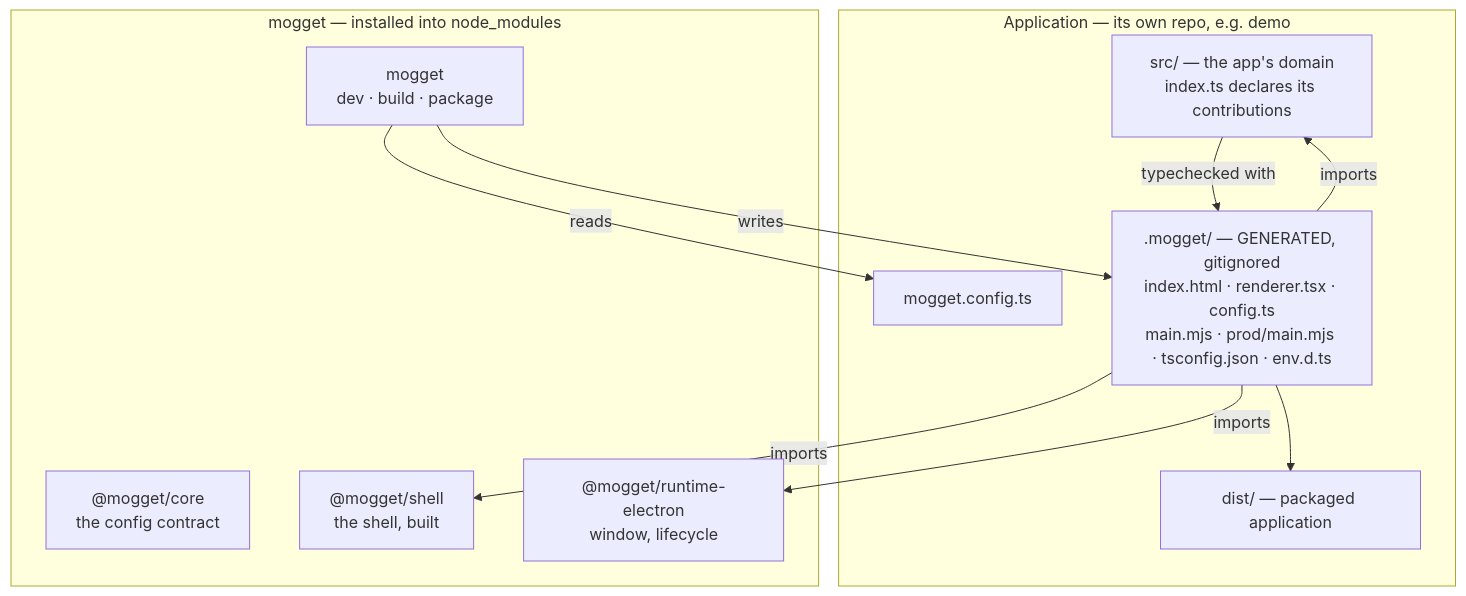
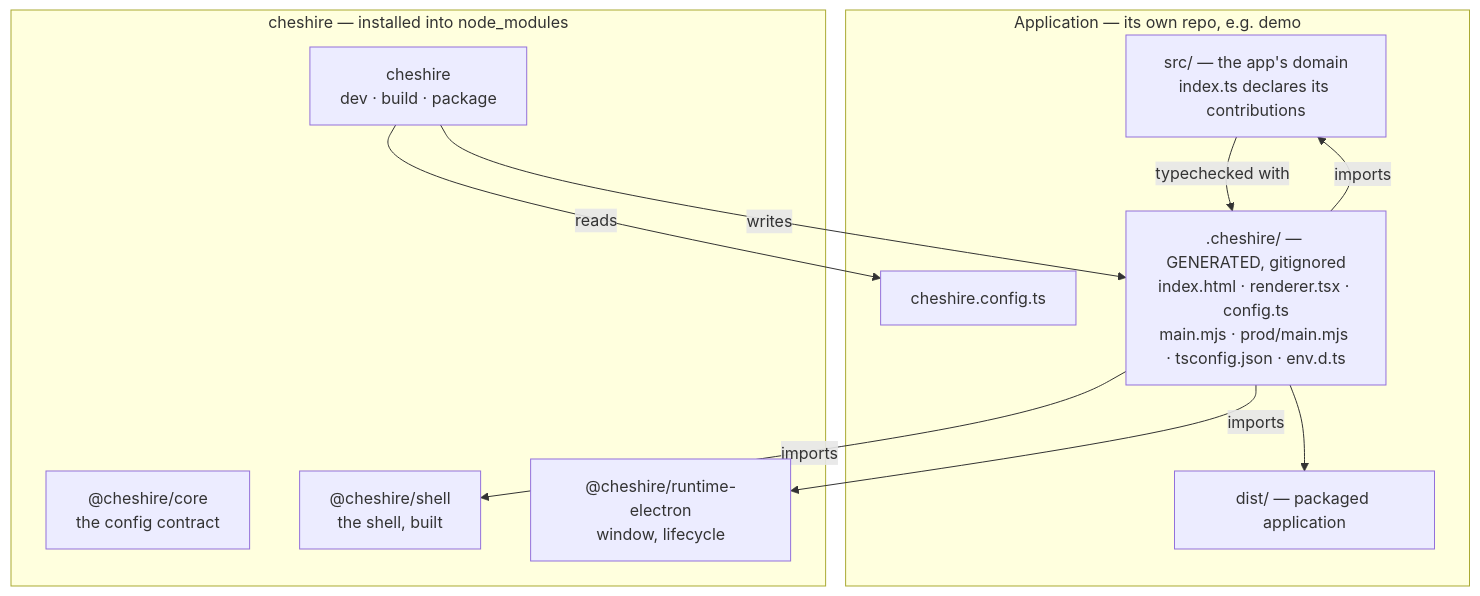
The second of 4 diagrams in docs/guides/framework-architecture.md (meersajidh/cheshire), drawn with Mermaid before and after one commit. The commit also changed other lines of this file and 58 other files, not shown here.

````diff
--- a/docs/guides/framework-architecture.md
+++ b/docs/guides/framework-architecture.md
@@ -98,22 +98,22 @@
 ```mermaid
 flowchart TD
   subgraph APP["Application — its own repo, e.g. demo"]
-    CFG["mogget.config.ts"]
+    CFG["cheshire.config.ts"]
     SRC["src/ — the app's domain<br/>index.ts declares its contributions"]
-    GEN[".mogget/ — GENERATED, gitignored<br/>index.html · renderer.tsx · config.ts<br/>main.mjs · prod/main.mjs · tsconfig.json · env.d.ts"]
+    GEN[".cheshire/ — GENERATED, gitignored<br/>index.html · renderer.tsx · config.ts<br/>main.mjs · prod/main.mjs · tsconfig.json · env.d.ts"]
     OUT["dist/ — packaged application"]
   end
-  subgraph FW["mogget — installed into node_modules"]
-    CORE["@mogget/core<br/>the config contract"]
-    WB["@mogget/shell<br/>the shell, built"]
-    RT["@mogget/runtime-electron<br/>window, lifecycle"]
-    CLI["mogget<br/>dev · build · package"]
+  subgraph FW["cheshire — installed into node_modules"]
+    CORE["@cheshire/core<br/>the config contract"]
+    WB["@cheshire/shell<br/>the shell, built"]
+    RT["@cheshire/runtime-electron<br/>window, lifecycle"]
+    CLI["cheshire<br/>dev · build · package"]
   end
   CLI -->|reads| CFG
   CLI -->|writes| GEN
   GEN -->|imports| WB
   GEN -->|imports| RT
   GEN -->|imports| SRC
   SRC -->|typechecked with| GEN
   GEN --> OUT
 ```
````
